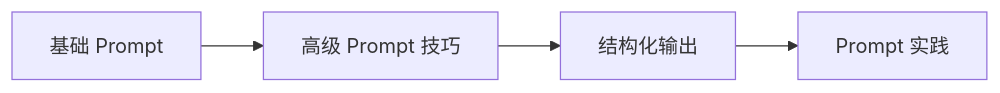
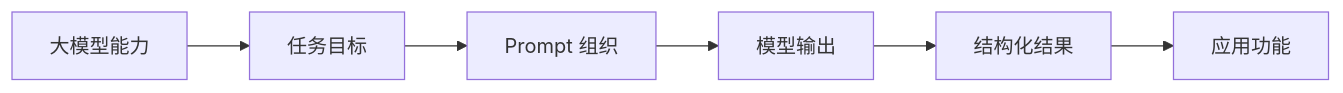
The first of 3 diagrams in docs/stage8a/ch05-prompt/00-roadmap.md (oudbiao/AI-fullstack-course), drawn with Mermaid before and after one commit. The commit also changed other lines of this file and 95 other files, not shown here.

````diff
--- a/docs/stage8a/ch05-prompt/00-roadmap.md
+++ b/docs/stage8a/ch05-prompt/00-roadmap.md
@@ -16,6 +20,8 @@
 ```mermaid
 flowchart LR
-    A["基础 Prompt"] --> B["高级 Prompt 技巧"]
-    B --> C["结构化输出"]
-    C --> D["Prompt 实践"]
+  A[大模型能力] --> B[任务目标]
+  B --> C[Prompt 组织]
+  C --> D[模型输出]
+  D --> E[结构化结果]
+  E --> F[应用功能]
 ```
````
